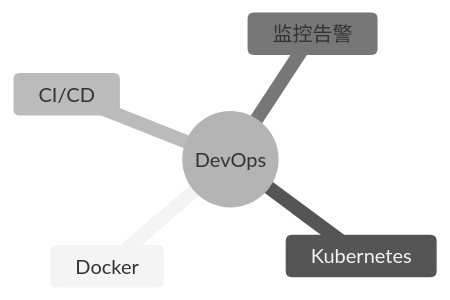
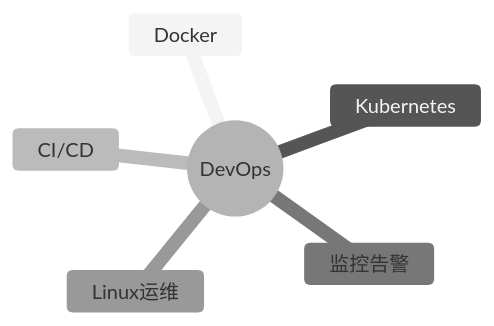
One commit to ScottWZY/portal changed the ninth of 19 diagrams in wiki-docs/docs/guide/roadmap.md. Above: the diagram before and after it, drawn with Mermaid (neutral theme). The commit also changed other lines of this file and 4 other files, not shown here.

````diff
--- a/wiki-docs/docs/guide/roadmap.md
+++ b/wiki-docs/docs/guide/roadmap.md
@@ -178,8 +182,9 @@
 ```mermaid
 mindmap
   root((DevOps))
     Docker
     Kubernetes
     CI/CD
     监控告警
+    Linux运维
 ```
````
